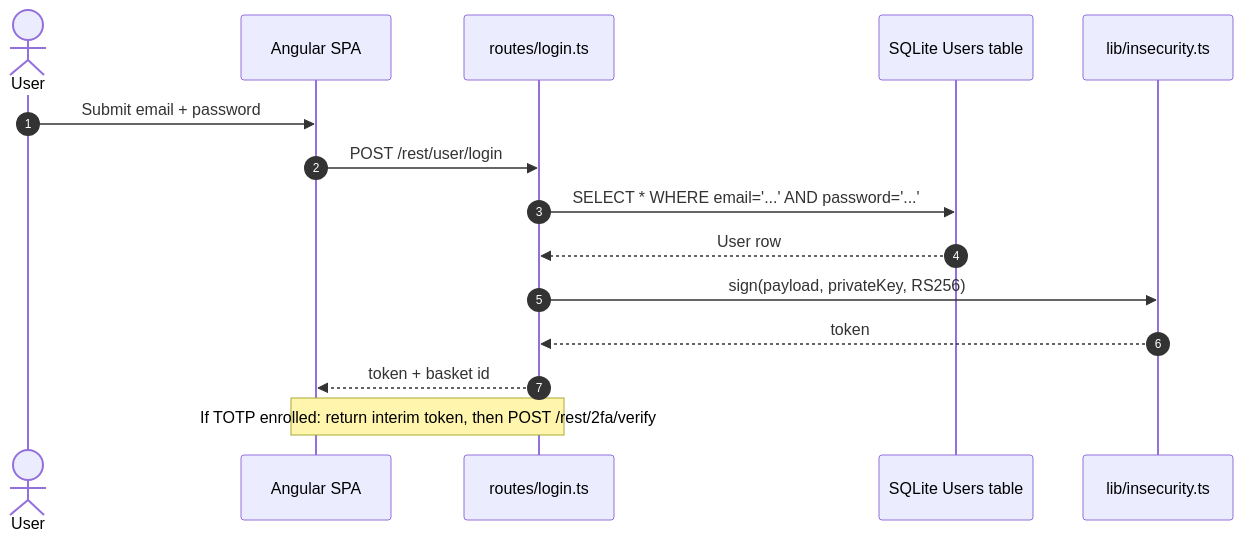
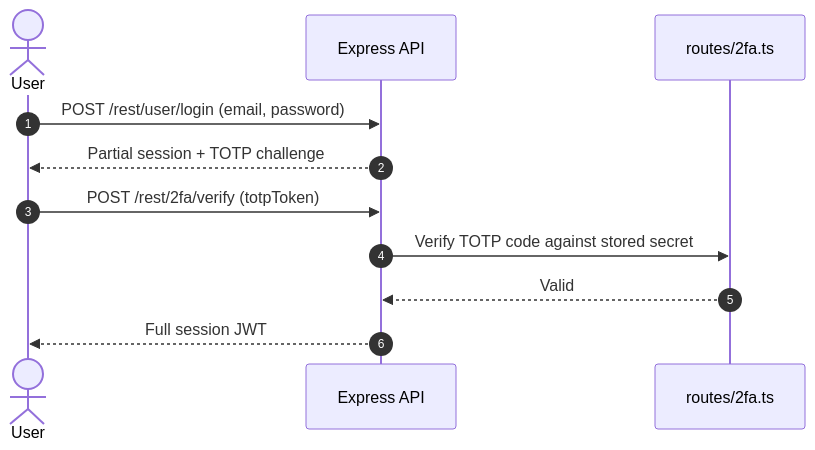
The ninth of 14 diagrams in threat-modeler/threat-model-juice-shop-thorough-v0.6.0b4.md (appsec-foundry/appsec-advisor-examples), drawn with Mermaid before and after one commit. The commit also changed other lines of this file and 11 other files, not shown here.

````diff
--- a/threat-modeler/threat-model-juice-shop-thorough-v0.6.0b4.md
+++ b/threat-modeler/threat-model-juice-shop-thorough-v0.6.0b4.md
@@ -926,18 +861,14 @@
 ```mermaid
 sequenceDiagram
     autonumber
     actor User
-    participant SPA as Angular SPA
-    participant API as routes/login.ts
-    participant DB as SQLite Users table
-    participant JWT as lib/insecurity.ts
+    participant API as Express API
+    participant TOTP as routes/2fa.ts
 
-    User->>SPA: Submit email + password
-    SPA->>API: POST /rest/user/login
-    API->>DB: SELECT * WHERE email='...' AND password='...'
-    DB-->>API: User row
-    API->>JWT: sign(payload, privateKey, RS256)
-    JWT-->>API: token
-    API-->>SPA: token + basket id
-    note over API,SPA: If TOTP enrolled: return interim token, then POST /rest/2fa/verify
+    User->>API: POST /rest/user/login (email, password)
+    API-->>User: Partial session + TOTP challenge
+    User->>API: POST /rest/2fa/verify (totpToken)
+    API->>TOTP: Verify TOTP code against stored secret
+    TOTP-->>API: Valid
+    API-->>User: Full session JWT
 ```
````
